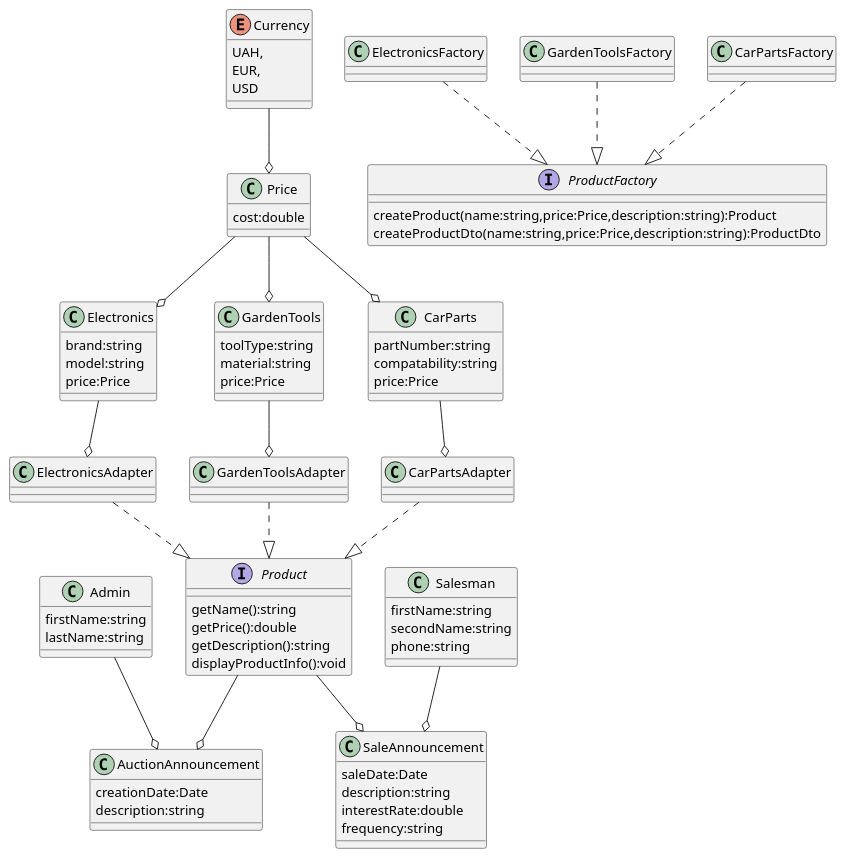
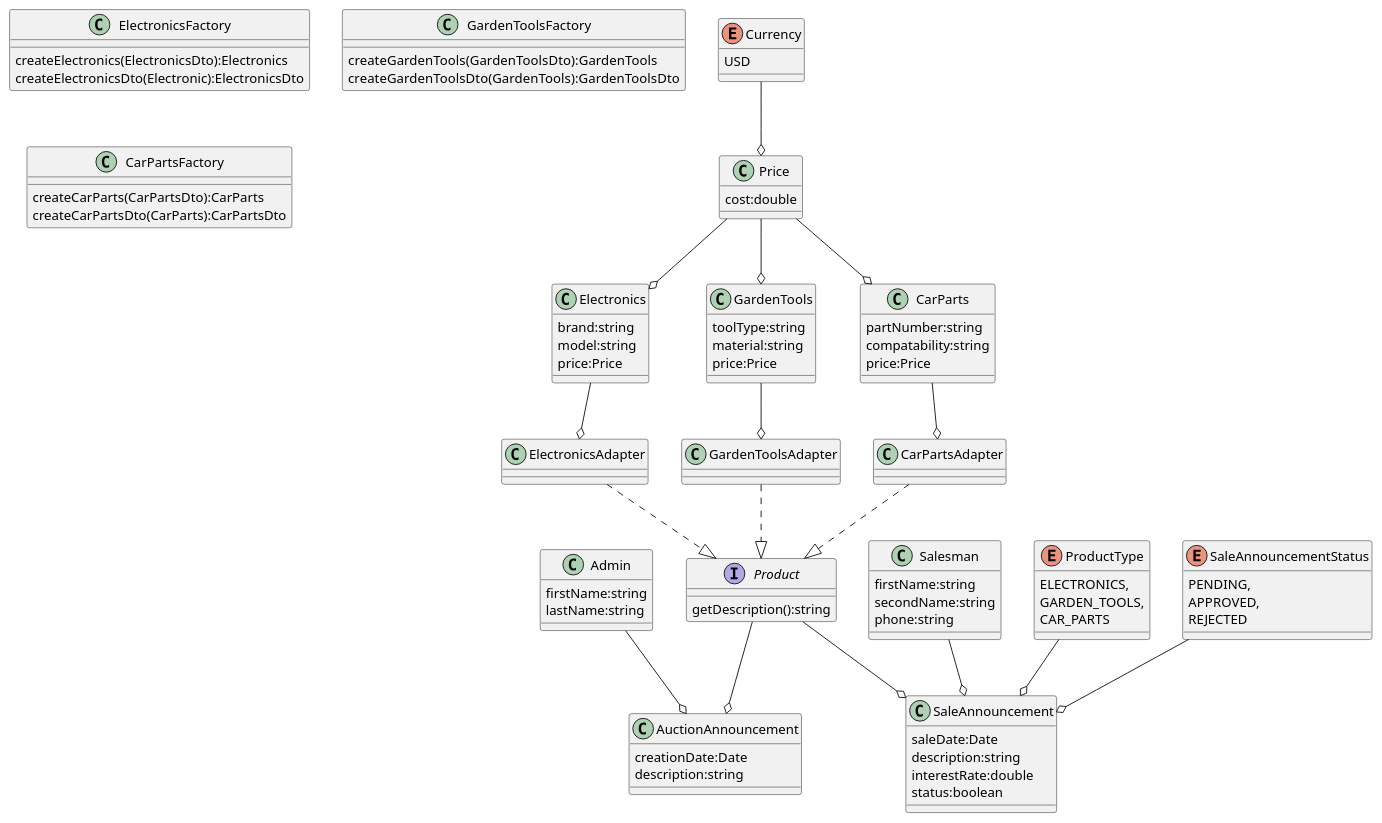
Before and after one commit to MrTorfis0017/Gleb: the diagram in Bom.puml, drawn with PlantUML. The commit also changed 37 other files, not shown here.

```diff
--- a/Bom.puml
+++ b/Bom.puml
@@ -1,102 +1,110 @@
 @startuml
 'https://plantuml.com/class-diagram
 
 class Admin {
 firstName:string
 lastName:string
 }
 
 enum Currency{
-UAH,
-EUR,
 USD
 }
 
 class Price{
 cost:double
 }
 
 interface Product{
-getName():string
-getPrice():double
 getDescription():string
-displayProductInfo():void
 }
 
-interface ProductFactory{
-createProduct(name:string,price:Price,description:string):Product
-createProductDto(name:string,price:Price,description:string):ProductDto
-}
 
 class Electronics{
 brand:string
 model:string
 price:Price
 }
 
 class GardenTools{
 toolType:string
 material:string
 price:Price
 }
 
 class CarParts{
 partNumber:string
 compatability:string
 price:Price
 }
 
 class ElectronicsFactory{
+createElectronics(ElectronicsDto):Electronics
+createElectronicsDto(Electronic):ElectronicsDto
 }
 
 class GardenToolsFactory{
+createGardenTools(GardenToolsDto):GardenTools
+createGardenToolsDto(GardenTools):GardenToolsDto
 }
 
 class CarPartsFactory{
+createCarParts(CarPartsDto):CarParts
+createCarPartsDto(CarParts):CarPartsDto
 }
 
 class ElectronicsAdapter{
 }
 
 class GardenToolsAdapter{
 }
 
 class CarPartsAdapter{
 }
 
 class AuctionAnnouncement{
 creationDate:Date
 description:string
 }
 
 class Salesman{
 firstName:string
 secondName:string
 phone:string
 }
 
+enum ProductType{
+ELECTRONICS,
+GARDEN_TOOLS,
+CAR_PARTS
+}
+
+enum SaleAnnouncementStatus{
+PENDING,
+APPROVED,
+REJECTED
+}
+
 class SaleAnnouncement{
 saleDate:Date
 description:string
 interestRate:double
-frequency:string
+status:boolean
 }
 
 Admin --o AuctionAnnouncement
 Product --o AuctionAnnouncement
 Currency --o Price
 Price --o Electronics
 Price --o GardenTools
 Price --o CarParts
 Salesman --o SaleAnnouncement
 Product --o SaleAnnouncement
 Electronics --o ElectronicsAdapter
 ElectronicsAdapter ..|> Product
 GardenTools --o GardenToolsAdapter
 GardenToolsAdapter ..|> Product
 CarParts --o CarPartsAdapter
 CarPartsAdapter ..|> Product
-ElectronicsFactory ..|> ProductFactory
-GardenToolsFactory ..|> ProductFactory
-CarPartsFactory ..|> ProductFactory
+ProductType --o SaleAnnouncement
+SaleAnnouncementStatus --o SaleAnnouncement
 @enduml
```
